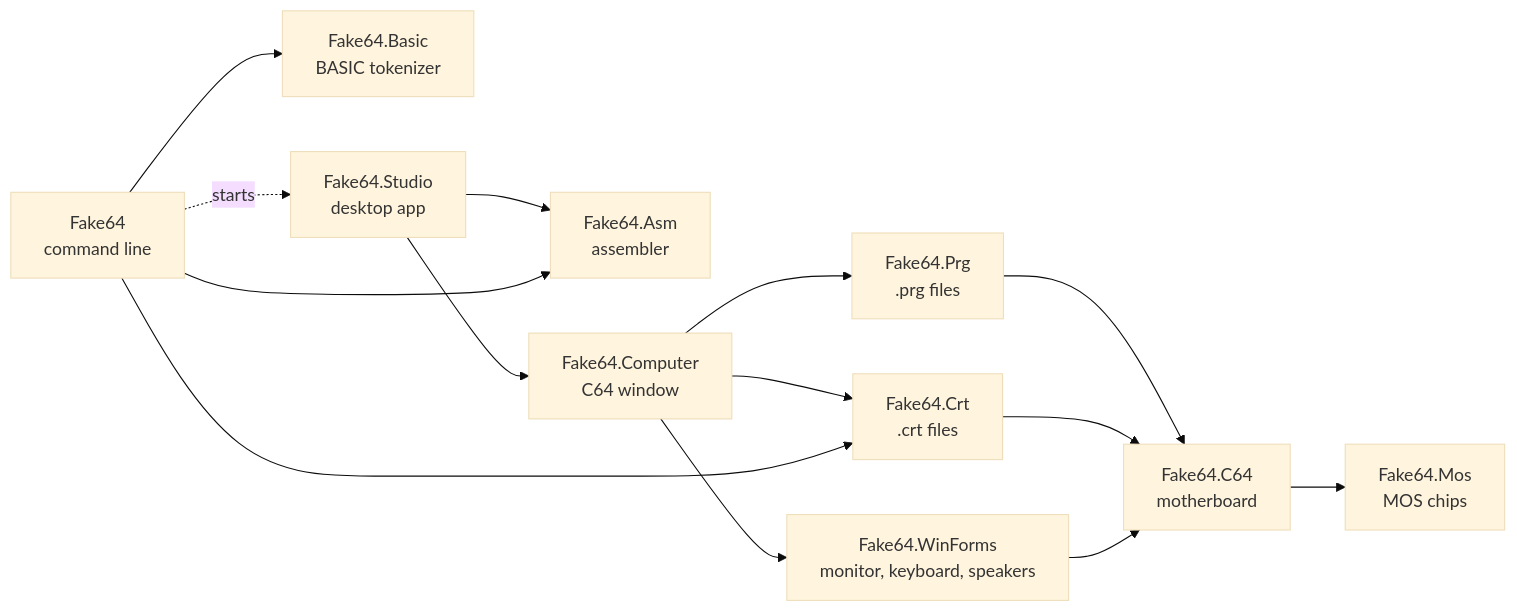
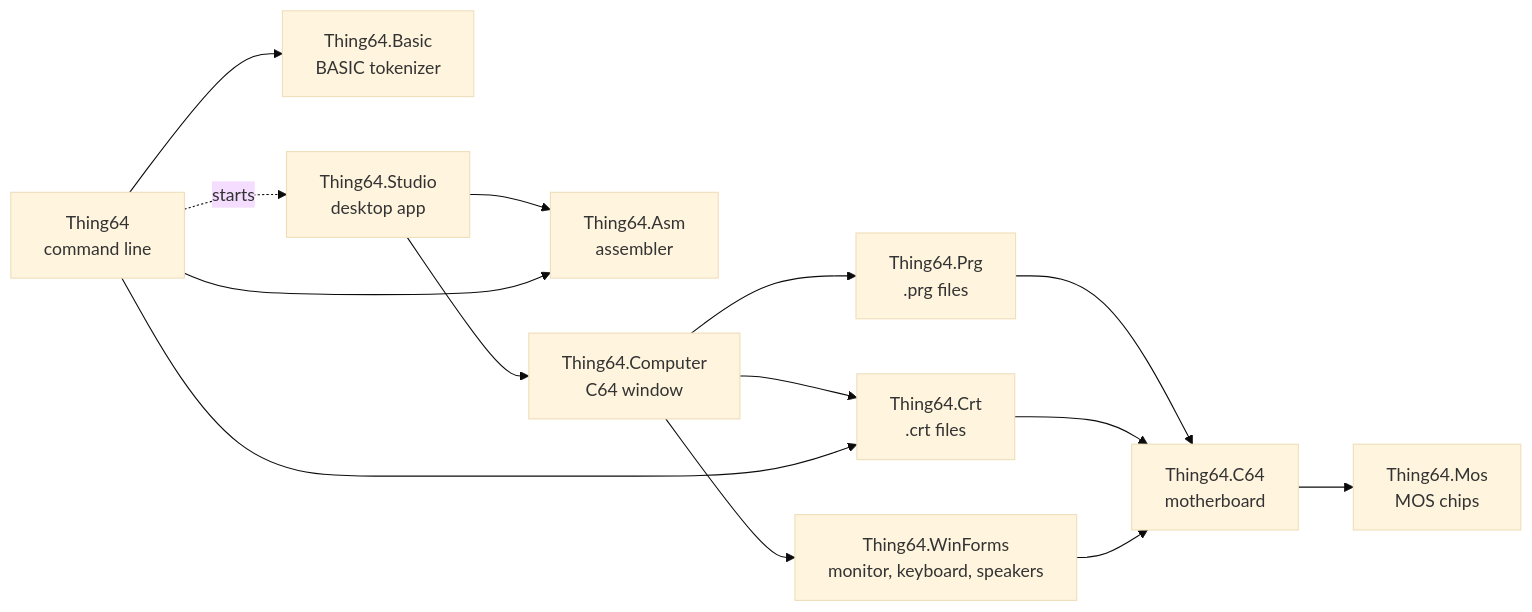
One commit to marcoparenzan/ThingRetro changed the first of 2 diagrams in docs/ARCHITECTURE.md. Above: the diagram before and after it, drawn with Mermaid (base theme). The commit also changed other lines of this file and 227 other files, not shown here.

First line of the commit message:
Rename the project from Fake64 to Thing64

````diff
--- a/docs/ARCHITECTURE.md
+++ b/docs/ARCHITECTURE.md
@@ -9,26 +9,26 @@
 ```mermaid
 flowchart LR
-    Mos[Fake64.Mos<br/>MOS chips]
-    C64[Fake64.C64<br/>motherboard]
-    Prg[Fake64.Prg<br/>.prg files]
-    Crt[Fake64.Crt<br/>.crt files]
-    Asm[Fake64.Asm<br/>assembler]
-    Basic[Fake64.Basic<br/>BASIC tokenizer]
-    WinForms[Fake64.WinForms<br/>monitor, keyboard, speakers]
-    Computer[Fake64.Computer<br/>C64 window]
-    Studio[Fake64.Studio<br/>desktop app]
-    Cli[Fake64<br/>command line]
+    Mos[Thing64.Mos<br/>MOS chips]
+    C64[Thing64.C64<br/>motherboard]
+    Prg[Thing64.Prg<br/>.prg files]
+    Crt[Thing64.Crt<br/>.crt files]
+    Asm[Thing64.Asm<br/>assembler]
+    Basic[Thing64.Basic<br/>BASIC tokenizer]
+    WinForms[Thing64.WinForms<br/>monitor, keyboard, speakers]
+    Computer[Thing64.Computer<br/>C64 window]
+    Studio[Thing64.Studio<br/>desktop app]
+    Cli[Thing64<br/>command line]
     C64 --> Mos
     Prg --> C64
     Crt --> C64
     WinForms --> C64
     Computer --> Prg
     Computer --> Crt
     Computer --> WinForms
     Studio --> Computer
     Studio --> Asm
     Cli --> Asm
     Cli --> Basic
     Cli --> Crt
     Cli -. starts .-> Studio
 ```
````
